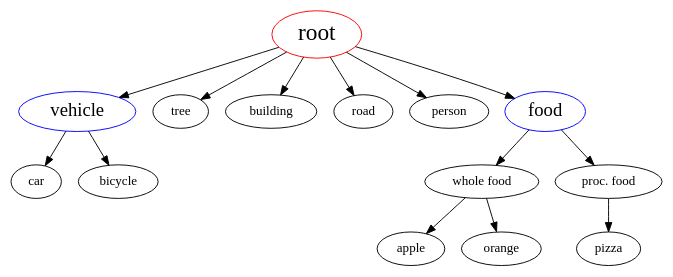
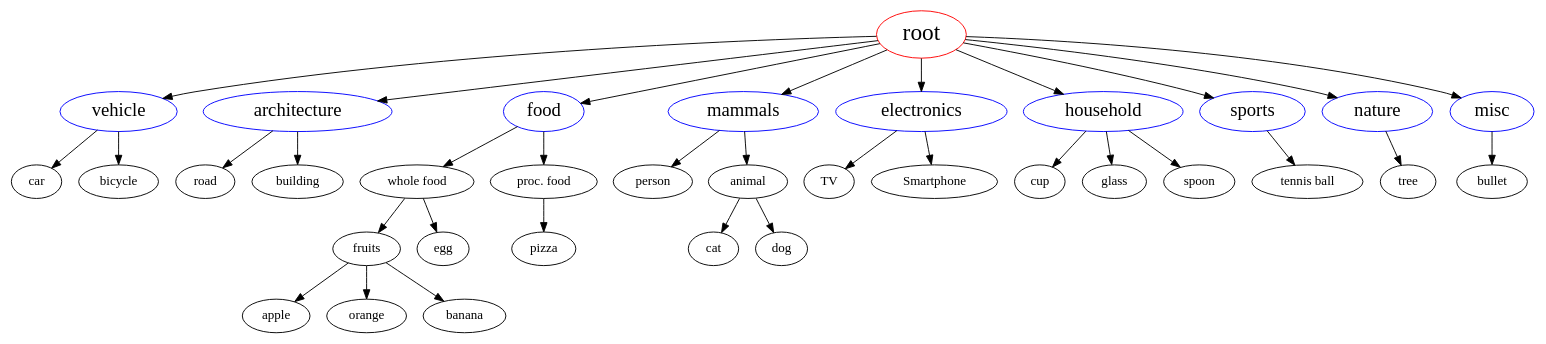
Before and after one commit to ImageMonkey/imagemonkey-core: the diagram in wordlists/en/graphdefinitions/graph.dot, drawn with Graphviz.

Commit message:
[0.3] imagemonkey-core: added more nodes + links to the graph.dot file
see #118

```diff
--- a/wordlists/en/graphdefinitions/graph.dot
+++ b/wordlists/en/graphdefinitions/graph.dot
@@ -1,38 +1,94 @@
 digraph G { 
 	{ 
 		rootnode [label="root" size=250 fontsize=25 color=red]
 
 		vehicle [label="vehicle" size=150 fontsize=20 color=blue]
-		tree [label="tree" id="de9c51d5-b633-4a92-be3f-2e09a7ed5dc4"]
-		building [label="building" id="3619dc01-f1e2-4791-9ddd-56550c2a6b7d"]
 		car [label="car" id="67f02864-cb77-48aa-811c-7633a7d7d564" URL="car"] 
 		bicycle [label="bicycle" id="c8cfc6a0-1a20-4e89-b879-d7378b882939"]
 		road [label="road" id="26ba089d-d11b-46ff-8f40-e292ba0e7624"]
 		person [label="person", id="64766828-a943-433f-8800-1901cebf959d"]
 
+		architecture [label="architecture" size=170 fontsize=20 color=blue]
+		building [label="building" id="3619dc01-f1e2-4791-9ddd-56550c2a6b7d"]
+
 		food [label="food" size=150 fontsize=20 color=blue]
 		wholefood [label="whole food"]
 		processedfood [label="proc. food"]
+		fruits [label="fruits"]
 		apple [label="apple" id="f81cf567-4798-4e4d-95f9-b430cf04ee55"]
 		orange [label="orange" id="5ca7ccad-3b8c-4c9a-ac27-44cddc96d4fa"]
 		pizza [label="pizza" id="be8270fd-2c5c-47ff-b938-0555e5201a18"]
+		banana [label="banana" id="1c1dfe7c-0978-4c59-8728-7857a3867296"]
+		egg [label="egg" id="fe374440-d36d-4330-9145-ef92507f2c9d"]
+
+		mammal [label="mammals" size=150 fontsize=20 color=blue]
+		animal [label="animal"] 
+		cat [label="cat" id="05c02fc5-9095-41e4-acb1-68303654ebb1"]
+		dog [label="dog" id="bac46d8e-0655-46d5-a393-36c69a18ee2c"]
+
+		electronics [label="electronics" size=150 fontsize=20 color=blue]
+		tv [label="TV" id="3699ac56-1356-4695-9195-fbcf18471736"]
+		smartphone [label="Smartphone" id="729f8759-ed57-4a45-984e-73b0f3f96e14"]
+
+		household [label="household" size=150 fontsize=20 color=blue]
+		cup [label="cup" id="654c2298-aa63-4d7d-b154-c8b521c26532"]
+		glass [label="glass" id="f08885f5-e0fa-467f-addf-459013170516"]
+		spoon [label="spoon" id="fa12ab77-acef-40ba-90e1-aba5a8e2c245"]
+
+		sports [label="sports" size=150 fontsize=20 color=blue]
+		tennisball [label="tennis ball" id="d040c820-cd47-4159-87e2-a0fe69fa678c"]
+
+		nature [label="nature" size=150 fontsize=20 color=blue]
+		tree [label="tree" id="de9c51d5-b633-4a92-be3f-2e09a7ed5dc4"]
+
+		misc [label="misc" size=150 fontsize=20 color=blue]
+		bullet [label="bullet" id="b4f05e83-60c9-4ad6-9d01-222f8d16d4ed"]
 
 		food -> wholefood
 		food -> processedfood
 		processedfood -> pizza
-		wholefood -> apple
-		wholefood -> orange
+		wholefood -> fruits
+		fruits -> orange
+		fruits -> banana
+		fruits -> apple
+		wholefood -> egg
 
 		vehicle -> car
 		vehicle -> bicycle
 
 		rootnode -> food
 		rootnode -> vehicle
-		rootnode -> building
-		rootnode -> road
-		rootnode -> person
-		rootnode -> tree
+		rootnode -> household
+		rootnode -> sports
+		rootnode -> architecture
+		rootnode -> mammal
+		rootnode -> electronics
+		rootnode -> nature
+		rootnode -> misc
+
+		
+		nature -> tree
+
+		misc -> bullet
+		
+		architecture -> building
+		architecture -> road
+
+		household -> cup
+		household -> glass
+		household -> spoon
+		
+		electronics -> tv
+		electronics -> smartphone
+
+		sports -> tennisball
+
+
+		mammal -> animal
+		mammal -> person
+		animal -> dog
+		animal -> cat
 	} 
 	
 	
 }
```
